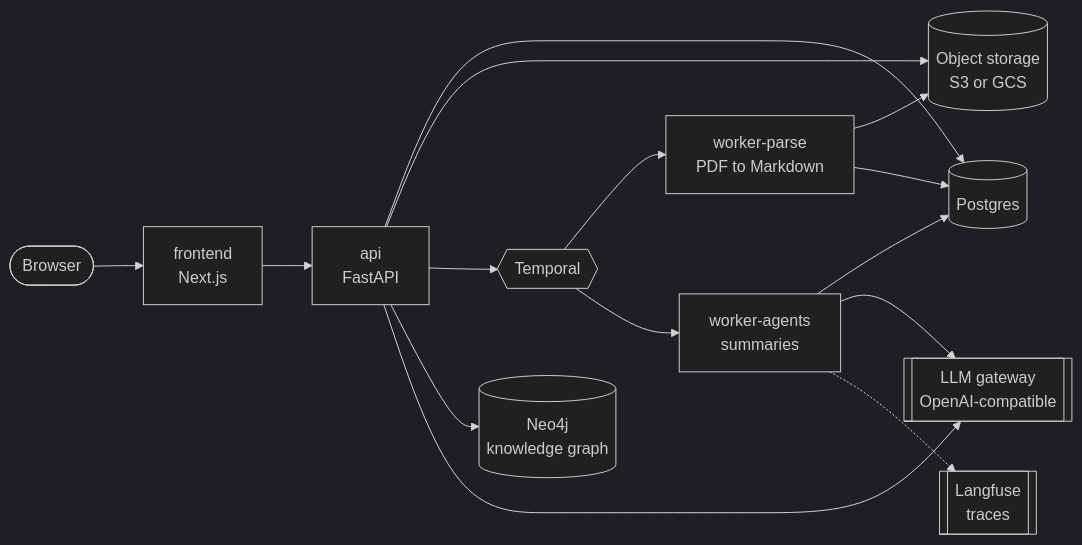
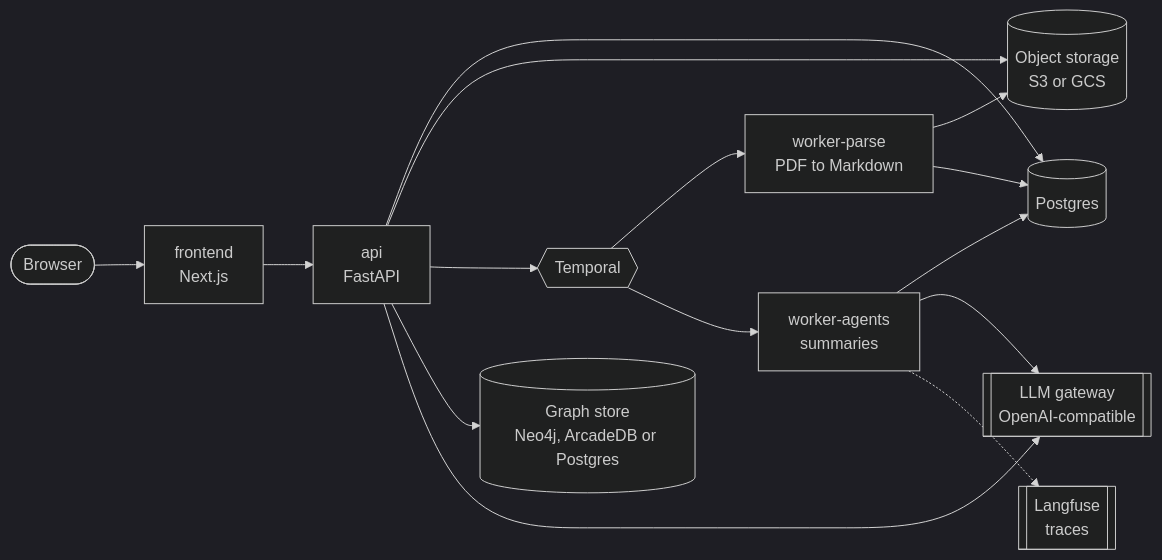
The diagram in QUICKSTART.md (griddynamics/specflow), drawn with Mermaid (dark theme) before and after one commit. The commit also changed other lines of this file and 10 other files, not shown here.

First line of the commit message:
Describe the supported graph stores in the docs

````diff
--- a/QUICKSTART.md
+++ b/QUICKSTART.md
@@ -78,17 +81,17 @@
 ```mermaid
 flowchart LR
     user([Browser]) --> fe[frontend<br/>Next.js]
     fe --> api[api<br/>FastAPI]
     api --> pg[(Postgres)]
     api --> s3[(Object storage<br/>S3 or GCS)]
     api --> tmp{{Temporal}}
     tmp --> wp[worker-parse<br/>PDF to Markdown]
     tmp --> wa[worker-agents<br/>summaries]
     wp --> s3
     wp --> pg
     wa --> pg
     wa --> llm[[LLM gateway<br/>OpenAI-compatible]]
-    api --> neo[(Neo4j<br/>knowledge graph)]
+    api --> neo[(Graph store<br/>Neo4j, ArcadeDB or Postgres)]
     api --> llm
     wa -.-> lf[[Langfuse<br/>traces]]
 ```
````
